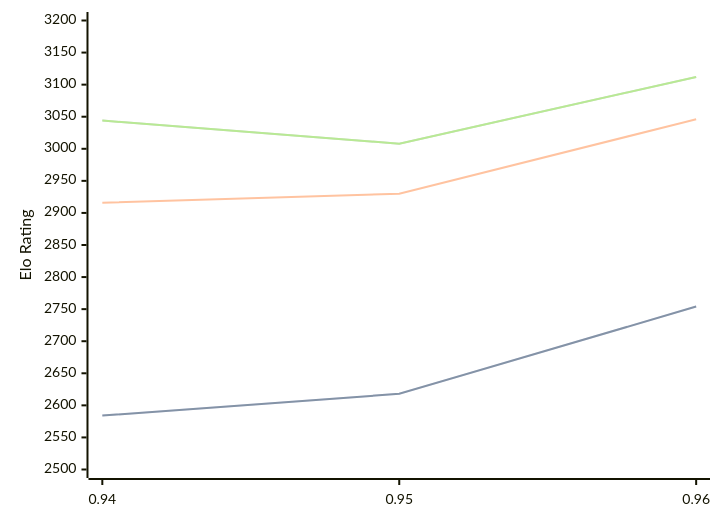
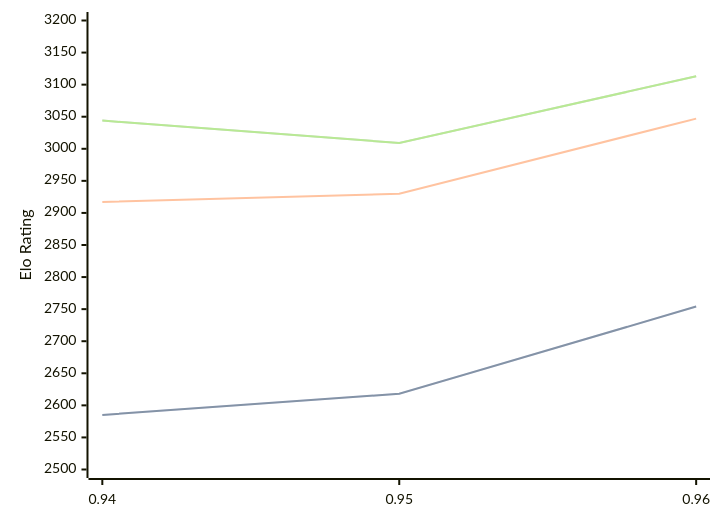
The first of 3 diagrams in engines/Myrddin.md (computer-chess-index/cci), drawn with Mermaid before and after one commit. The commit also changed other lines of this file, not shown here.

Commit message:
Update CCI Ratings (ELO VLTC) - 2026-06-22

````diff
--- a/engines/Myrddin.md
+++ b/engines/Myrddin.md
@@ -38,11 +38,11 @@
 ```mermaid
 %%{init: {"theme":"base","themeVariables":{"seriesColors:['#a3a3a3','#222221','#faa371']}}}%%
 xychart-beta
   x-axis ["0.94", "0.95", "0.96"]
   y-axis "Elo Rating" 2500 --> 3200
-  line "STC (8.0+0.08s)" [2584, 2618, 2754]
-  line "STC (8.0+0.08s)" [2584, 2618, 2754]
-  line "LTC (60.0+0.60s)" [2916, 2930, 3046]
-  line "VLTC (2m24s+1.12s)" [3044, 3008, 3112]
-  line "VLTC (2m24s+1.12s)" [3044, 3008, 3112]
+  line "STC (8.0+0.08s)" [2585, 2618, 2754]
+  line "STC (8.0+0.08s)" [2585, 2618, 2754]
+  line "LTC (60.0+0.60s)" [2917, 2930, 3047]
+  line "VLTC (2m24s+1.12s)" [3044, 3009, 3113]
+  line "VLTC (2m24s+1.12s)" [3044, 3009, 3113]
 ```
````
